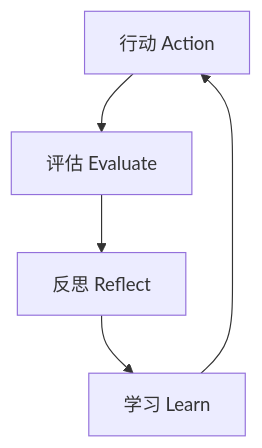
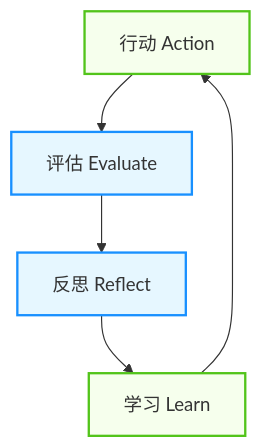
One commit to yeasy/agentic_ai_guide changed the diagram in 07_evolution/README.md. Above: the diagram before and after it, drawn with Mermaid. The commit also changed 36 other files, not shown here.

````diff
--- a/07_evolution/README.md
+++ b/07_evolution/README.md
@@ -30,7 +30,14 @@
 ```mermaid
 graph TD
+    %% Agentic Design System
+    classDef agent fill:#e6f7ff,stroke:#1890ff,stroke-width:2px;
+    classDef tool fill:#f6ffed,stroke:#52c41a,stroke-width:2px;
+
     Action[行动 Action] --> Evaluate[评估 Evaluate]
     Evaluate --> Reflect[反思 Reflect]
     Reflect --> Learn[学习 Learn]
     Learn --> Action
+    
+    class Action,Learn tool;
+    class Evaluate,Reflect agent;
 ```
````
